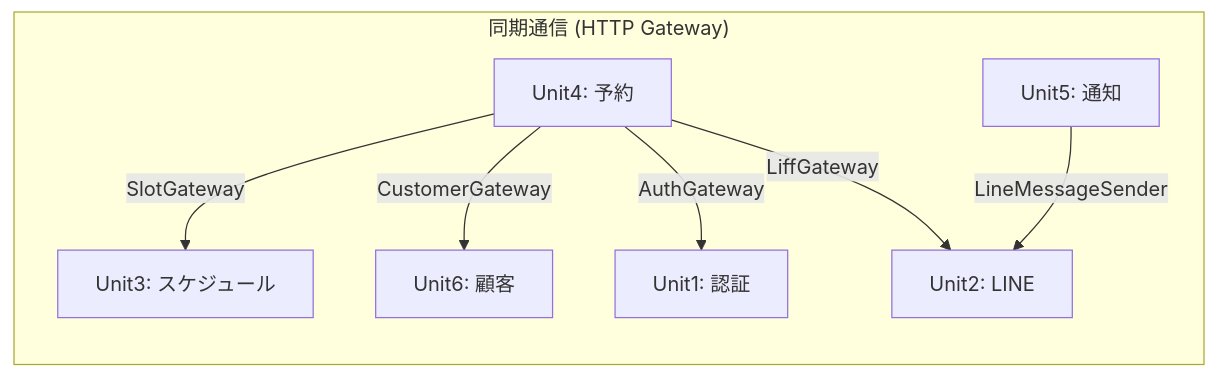
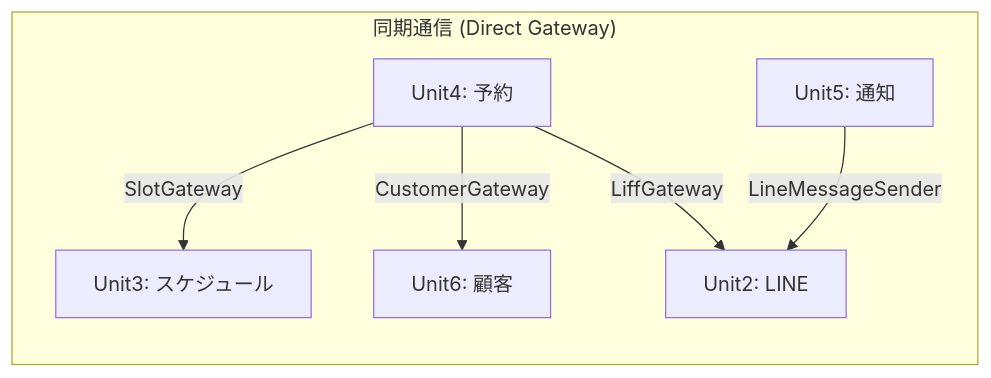
One commit to rkuros/Covalt changed the second of 4 diagrams in app/README.md. Above: the diagram before and after it, drawn with Mermaid. The commit also changed other lines of this file and 161 other files, not shown here.

````diff
--- a/app/README.md
+++ b/app/README.md
@@ -80,10 +84,9 @@
 ```mermaid
 graph LR
-    subgraph "同期通信 (HTTP Gateway)"
+    subgraph "同期通信 (Direct Gateway)"
         U4["Unit4: 予約"] -->|SlotGateway| U3["Unit3: スケジュール"]
         U4 -->|CustomerGateway| U6["Unit6: 顧客"]
-        U4 -->|AuthGateway| U1["Unit1: 認証"]
         U4 -->|LiffGateway| U2["Unit2: LINE"]
         U5["Unit5: 通知"] -->|LineMessageSender| U2
     end
 ```
````
